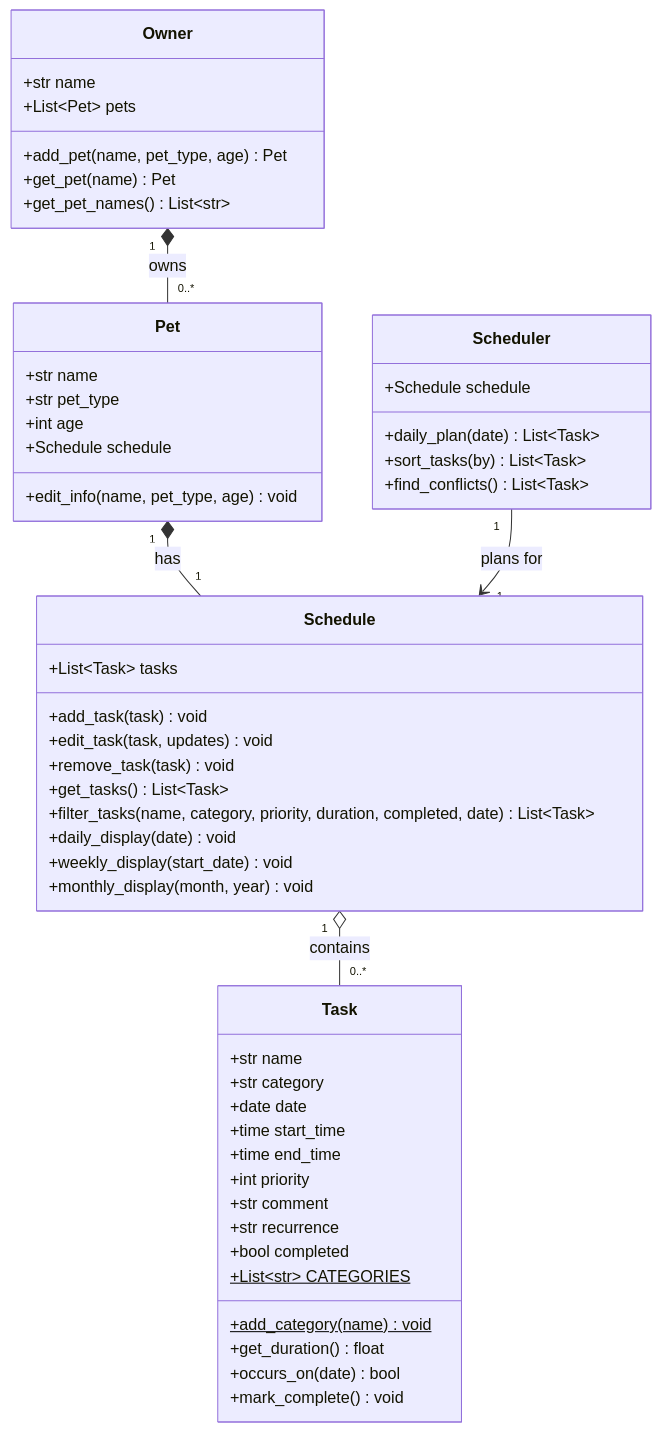
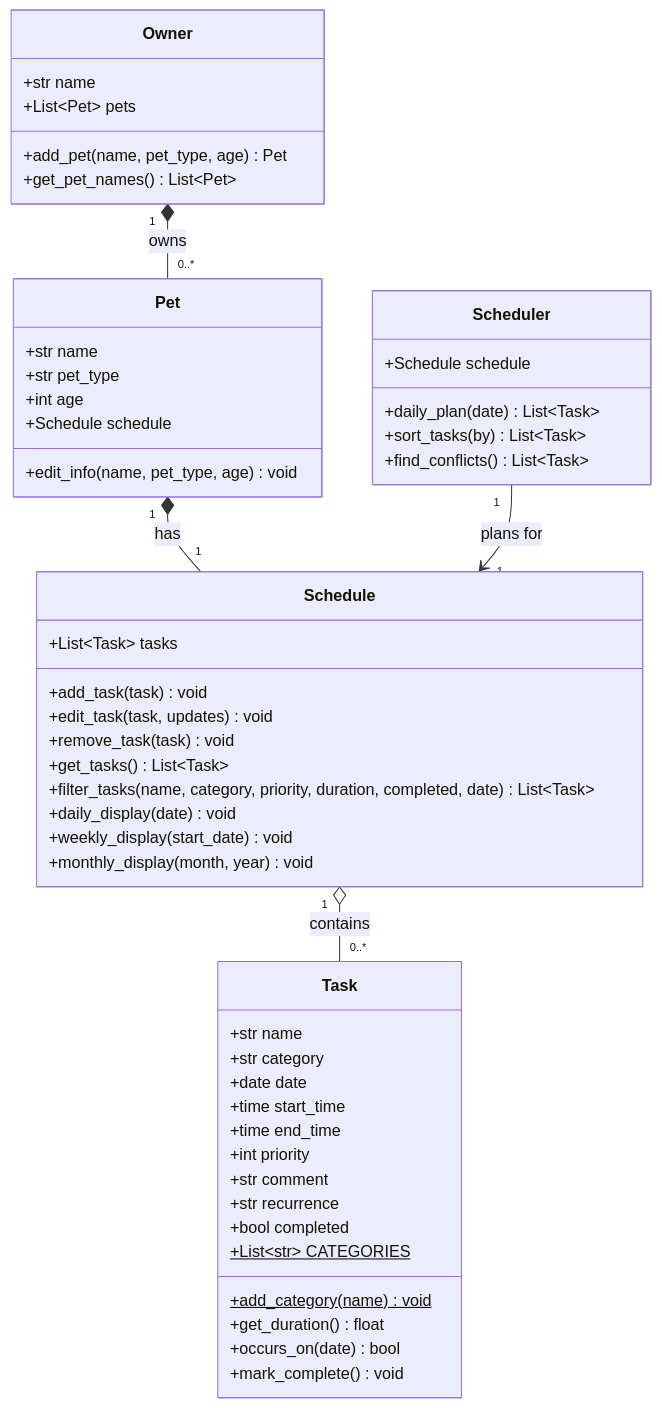
The diagram in diagrams/uml_draft.mmd (ana-lomidze/ai110-module2show-pawpal-starter), drawn with Mermaid before and after one commit. The commit also changed 2 other files, not shown here.

Commit message:
chore: add class skelectons from UML (small edits made to UML and skeleton)

```diff
--- a/diagrams/uml_draft.mmd
+++ b/diagrams/uml_draft.mmd
@@ -1,57 +1,56 @@
 classDiagram
     class Owner {
         +str name
         +List~Pet~ pets
         +add_pet(name, pet_type, age) Pet
-        +get_pet(name) Pet
-        +get_pet_names() List~str~
+        +get_pet_names() List~Pet~
     }
 
     class Pet {
         +str name
         +str pet_type
         +int age
         +Schedule schedule
         +edit_info(name, pet_type, age) void
     }
 
     class Schedule {
         +List~Task~ tasks
         +add_task(task) void
         +edit_task(task, updates) void
         +remove_task(task) void
         +get_tasks() List~Task~
         +filter_tasks(name, category, priority, duration, completed, date) List~Task~
         +daily_display(date) void
         +weekly_display(start_date) void
         +monthly_display(month, year) void
     }
 
     class Task {
         +str name
         +str category
         +date date
         +time start_time
         +time end_time
         +int priority
         +str comment
         +str recurrence
         +bool completed
         +List~str~ CATEGORIES$
         +add_category(name)$ void
         +get_duration() float
         +occurs_on(date) bool
         +mark_complete() void
     }
 
     class Scheduler {
         +Schedule schedule
         +daily_plan(date) List~Task~
         +sort_tasks(by) List~Task~
         +find_conflicts() List~Task~
     }
 
     Owner "1" *-- "0..*" Pet : owns
     Pet "1" *-- "1" Schedule : has
     Schedule "1" o-- "0..*" Task : contains
     Scheduler "1" --> "1" Schedule : plans for
```
